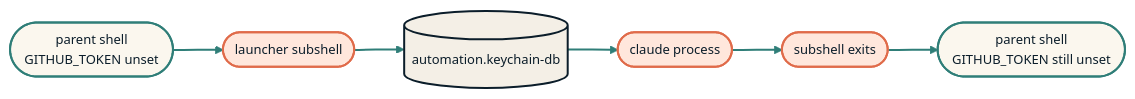
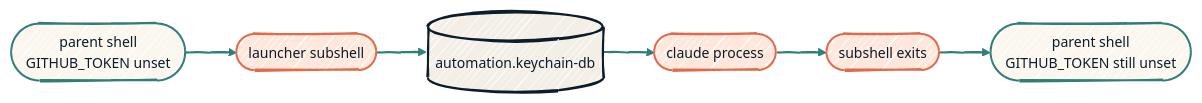
Before and after one commit to dryvist/docs: the diagram in security/local-ai-isolation.mdx, drawn with Mermaid. The commit also changed 11 other files, not shown here.

````diff
--- a/security/local-ai-isolation.mdx
+++ b/security/local-ai-isolation.mdx
@@ -17,23 +17,23 @@
 ```mermaid
-%%{init: {'theme':'base','themeVariables':{'fontFamily':'Geist','fontSize':'13px','primaryColor':'#FBF7EE','primaryTextColor':'#0B1D2A','primaryBorderColor':'#2F7E78','lineColor':'#2F7E78','secondaryColor':'#F4EFE6','tertiaryColor':'#FFE7DC','clusterBkg':'rgba(47,126,120,0.06)','clusterBorder':'#2F7E78'}}}%%
+%%{init: {'theme':'base','look':'handDrawn','themeVariables':{'fontFamily':'Geist','fontSize':'14px','primaryColor':'#FBF7EE','primaryTextColor':'#0B1D2A','primaryBorderColor':'#2F7E78','lineColor':'#2F7E78','secondaryColor':'#F4EFE6','tertiaryColor':'#FFE7DC','clusterBkg':'rgba(47,126,120,0.06)','clusterBorder':'#2F7E78'}}}%%
 flowchart LR
   P0([parent shell<br/>GITHUB_TOKEN unset])
   Sub([launcher subshell])
   Kc[(automation.keychain-db)]
   Cl([claude process])
   Done([subshell exits])
   P1([parent shell<br/>GITHUB_TOKEN still unset])
 
   P0 --> Sub --> Kc
   Kc --> Cl --> Done --> P1
 
   classDef host fill:#FBF7EE,stroke:#2F7E78,stroke-width:2px,color:#0B1D2A;
   classDef ai   fill:#FFE7DC,stroke:#E06B4A,stroke-width:2px,color:#0B1D2A;
   classDef kc   fill:#F4EFE6,stroke:#0B1D2A,stroke-width:2px,color:#0B1D2A;
 
   class P0,P1 host
   class Sub,Cl,Done ai
   class Kc kc
 
   linkStyle 0,1,2,3,4 stroke:#2F7E78,stroke-width:2px;
 ```
````
